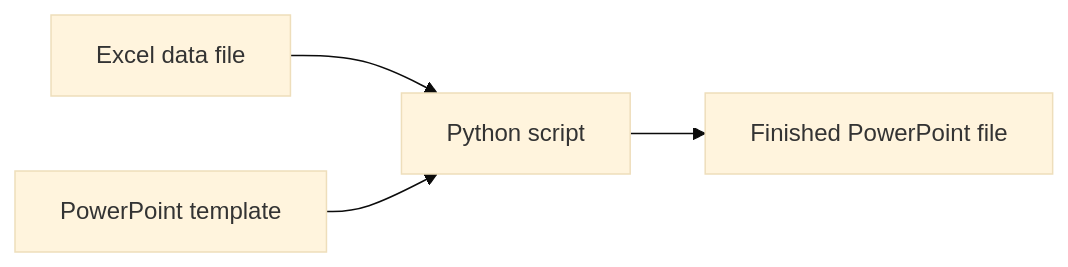
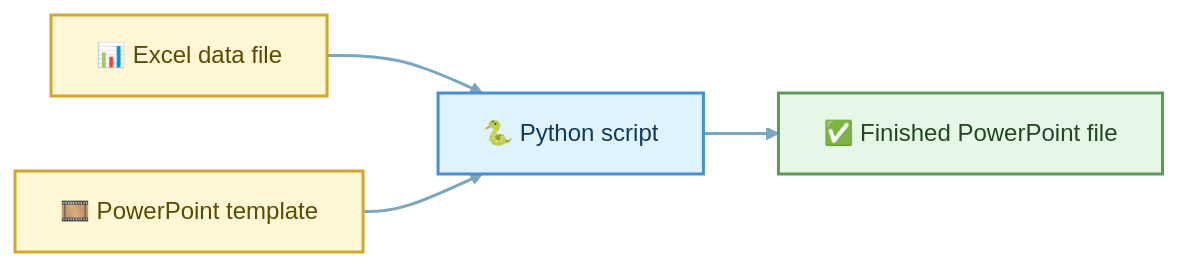
The first of 4 diagrams in README.md (jrmistry/excel-powerpoint-demo), drawn with Mermaid (base theme) before and after one commit. The commit also changed other lines of this file, not shown here.

````diff
--- a/README.md
+++ b/README.md
@@ -139,6 +155,14 @@
 ```mermaid
 flowchart LR
-    A[Excel data file] --> C[Python script]
-    B[PowerPoint template] --> C
-    C --> D[Finished PowerPoint file]
+    A[📊 Excel data file] --> C[🐍 Python script]
+    B[🎞️ PowerPoint template] --> C
+    C --> D[✅ Finished PowerPoint file]
+
+    classDef input fill:#FFF7D6,stroke:#D4A72C,stroke-width:2px,color:#5C4A00
+    classDef process fill:#DFF3FF,stroke:#4A8FCF,stroke-width:2px,color:#123A56
+    classDef output fill:#E7F7E7,stroke:#5A9A5A,stroke-width:2px,color:#234723
+    class A,B input
+    class C process
+    class D output
+    linkStyle default stroke:#7AA6C2,stroke-width:2px
 ```
````
